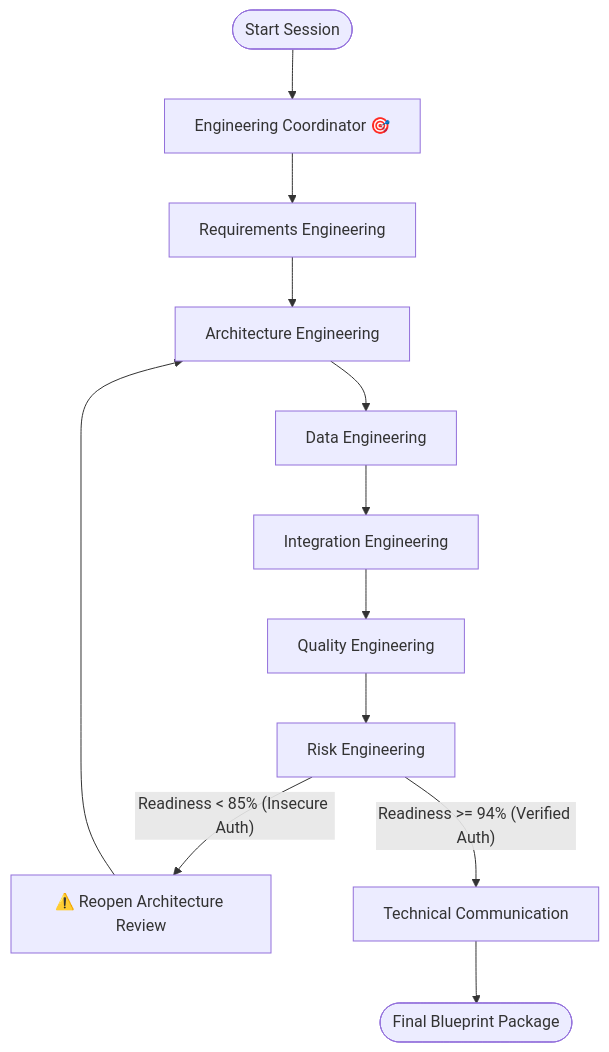
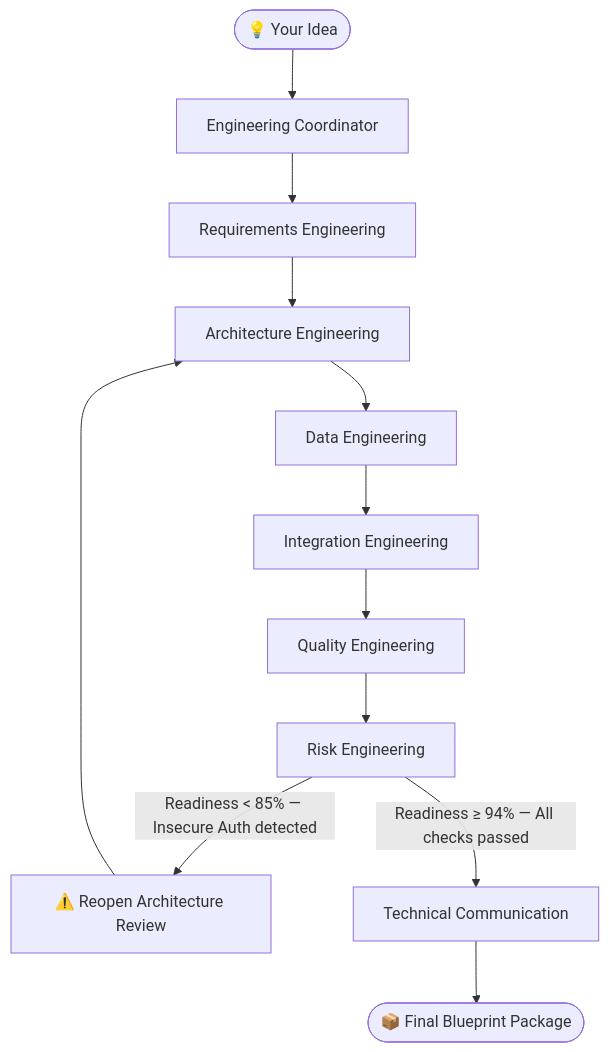
Before and after one commit to riswanmsm/architectos-ai: the diagram in README.md, drawn with Mermaid. The commit also changed other lines of this file and 11 other files, not shown here.

````diff
--- a/README.md
+++ b/README.md
@@ -42,17 +61,16 @@
 ```mermaid
 graph TD
-    User([Start Session]) --> Coordinator[Engineering Coordinator 🎯]
-    Coordinator --> RE[Requirements Engineering]
+    User([💡 Your Idea]) --> C[Engineering Coordinator]
+    C --> RE[Requirements Engineering]
     RE --> AE[Architecture Engineering]
     AE --> DE[Data Engineering]
     DE --> IE[Integration Engineering]
     IE --> QE[Quality Engineering]
     QE --> Risk[Risk Engineering]
-    
-    %% Self-Correction Loop
-    Risk -- "Readiness < 85% (Insecure Auth)" --> Alert["⚠️ Reopen Architecture Review"]
+
+    Risk -- "Readiness < 85% — Insecure Auth detected" --> Alert["⚠️ Reopen Architecture Review"]
     Alert --> AE
-    
-    Risk -- "Readiness >= 94% (Verified Auth)" --> TechComm[Technical Communication]
-    TechComm --> Final([Final Blueprint Package])
+
+    Risk -- "Readiness ≥ 94% — All checks passed" --> TC[Technical Communication]
+    TC --> Final([📦 Final Blueprint Package])
 ```
````
